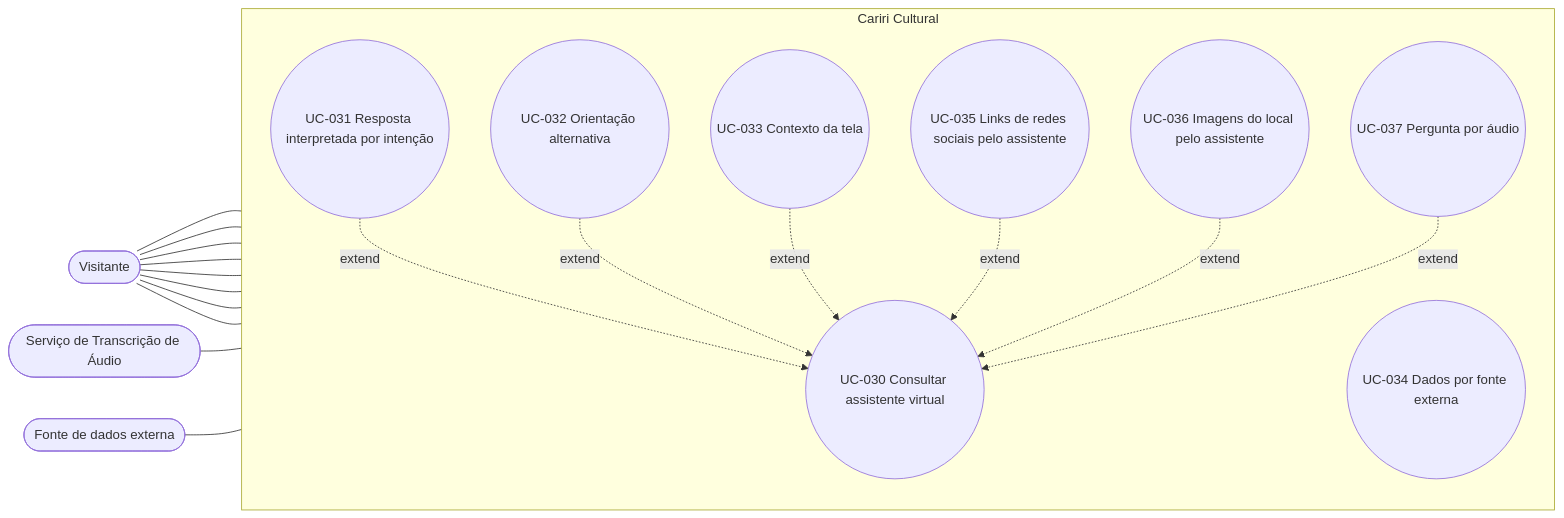
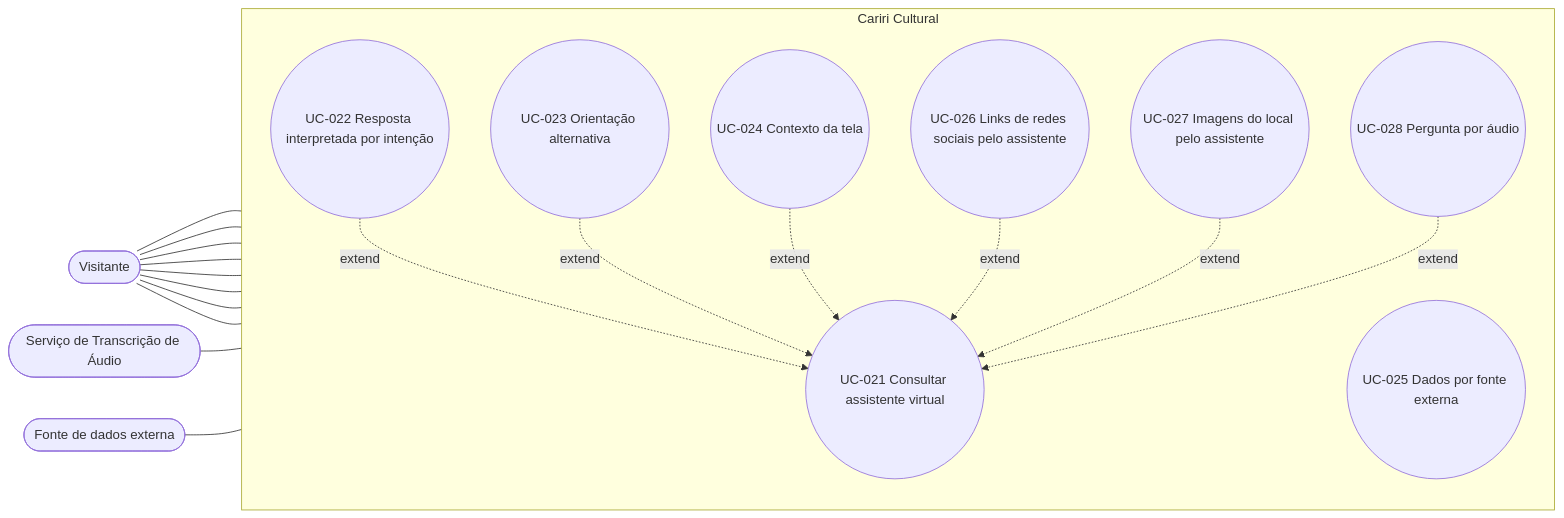
One commit to alan-mendes-ufca/CaririCultural changed the fifth of 11 diagrams in home/user-cases/use-cases-diagram.md. Above: the diagram before and after it, drawn with Mermaid. The commit also changed other lines of this file and 4 other files, not shown here.

````diff
--- a/home/user-cases/use-cases-diagram.md
+++ b/home/user-cases/use-cases-diagram.md
@@ -229,33 +172,33 @@
 ```mermaid
 flowchart LR
     %% Atores
     V([Visitante])
     AUD([Serviço de Transcrição de Áudio])
     FONTE([Fonte de dados externa])
 
     %% Fronteira
     subgraph CC [Cariri Cultural]
         direction TB
-        UC030((UC-030 Consultar assistente virtual))
-        UC031((UC-031 Resposta interpretada por intenção))
-        UC032((UC-032 Orientação alternativa))
-        UC033((UC-033 Contexto da tela))
-        UC034((UC-034 Dados por fonte externa))
-        UC035((UC-035 Links de redes sociais pelo assistente))
-        UC036((UC-036 Imagens do local pelo assistente))
-        UC037((UC-037 Pergunta por áudio))
+        UC021((UC-021 Consultar assistente virtual))
+        UC022((UC-022 Resposta interpretada por intenção))
+        UC023((UC-023 Orientação alternativa))
+        UC024((UC-024 Contexto da tela))
+        UC025((UC-025 Dados por fonte externa))
+        UC026((UC-026 Links de redes sociais pelo assistente))
+        UC027((UC-027 Imagens do local pelo assistente))
+        UC028((UC-028 Pergunta por áudio))
     end
 
     %% Relações Ator -> Caso de Uso
-    V --- UC030 & UC031 & UC032 & UC033 & UC034 & UC035 & UC036 & UC037
-    AUD --- UC037
-    FONTE --- UC034
+    V --- UC021 & UC022 & UC023 & UC024 & UC025 & UC026 & UC027 & UC028
+    AUD --- UC028
+    FONTE --- UC025
 
     %% Relações Extend
-    UC031 -.->|extend| UC030
-    UC032 -.->|extend| UC030
-    UC033 -.->|extend| UC030
-    UC035 -.->|extend| UC030
-    UC036 -.->|extend| UC030
-    UC037 -.->|extend| UC030
+    UC022 -.->|extend| UC021
+    UC023 -.->|extend| UC021
+    UC024 -.->|extend| UC021
+    UC026 -.->|extend| UC021
+    UC027 -.->|extend| UC021
+    UC028 -.->|extend| UC021
 ```
````
